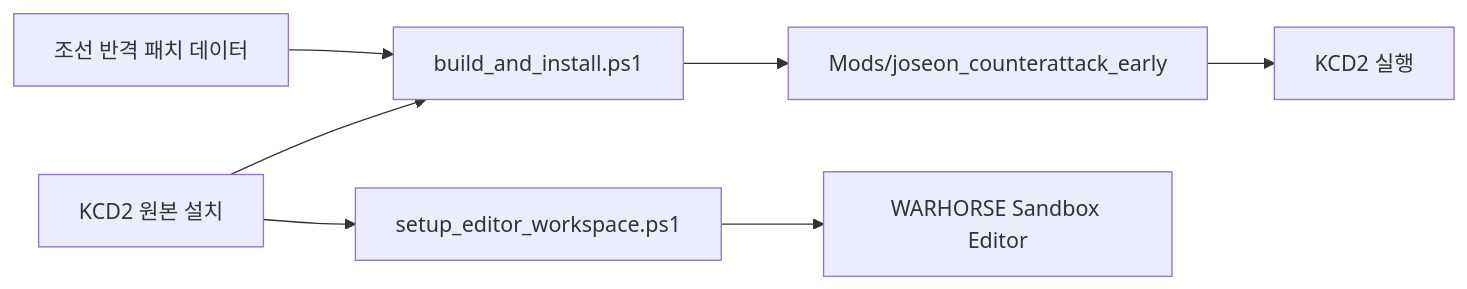
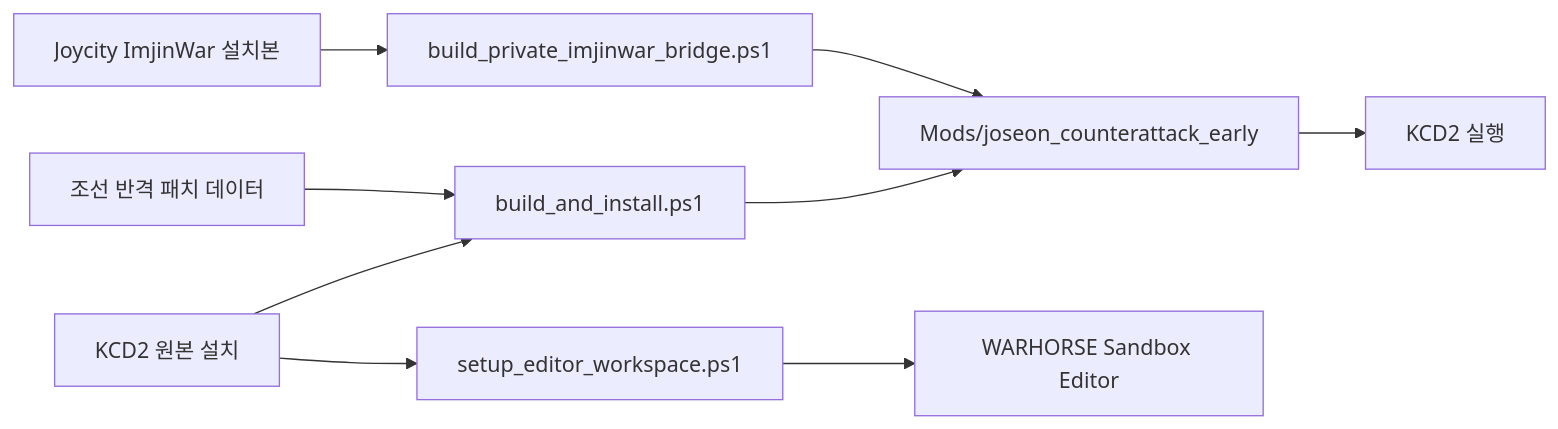
The diagram in imjin-war-joseon-counterattack-story-lab/README.md (sinmb79/kcd2-joseon-counterattack-mod), drawn with Mermaid before and after one commit. The commit also changed other lines of this file and 8 other files, not shown here.

Commit message:
Add private ImjinWar asset bridge

````diff
--- a/imjin-war-joseon-counterattack-story-lab/README.md
+++ b/imjin-war-joseon-counterattack-story-lab/README.md
@@ -53,9 +55,11 @@
 ```mermaid
 flowchart LR
   A["KCD2 원본 설치"] --> B["build_and_install.ps1"]
   C["조선 반격 패치 데이터"] --> B
   B --> D["Mods/joseon_counterattack_early"]
   D --> E["KCD2 실행"]
   A --> F["setup_editor_workspace.ps1"]
   F --> G["WARHORSE Sandbox Editor"]
+  H["Joycity ImjinWar 설치본"] --> I["build_private_imjinwar_bridge.ps1"]
+  I --> D
 ```
````
